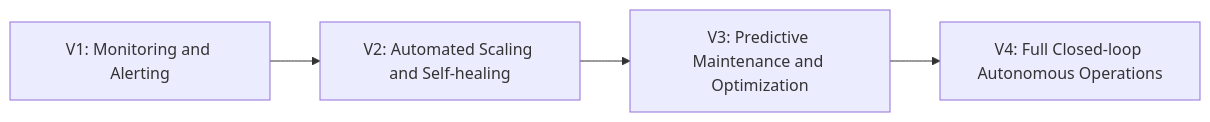
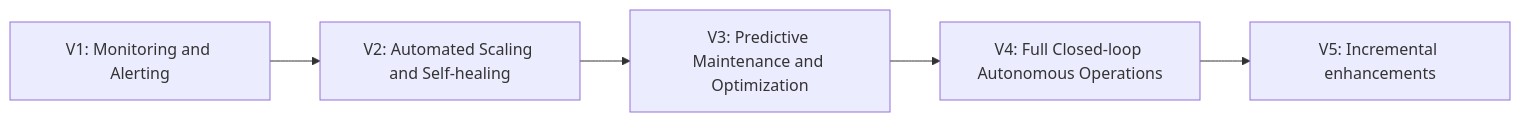
The diagram in README.md (Poss111/ApplicationNotes), drawn with Mermaid before and after one commit.

Commit message:
Adding in additional item into flow chart

````diff
--- a/README.md
+++ b/README.md
@@ -54,6 +54,7 @@
 ```mermaid
 flowchart LR
     V1[V1: Monitoring and Alerting] --> V2[V2: Automated Scaling and Self-healing]
     V2 --> V3[V3: Predictive Maintenance and Optimization]
     V3 --> V4[V4: Full Closed-loop Autonomous Operations]
+    V4 --> V5[V5: Incremental enhancements]
 ```
````
